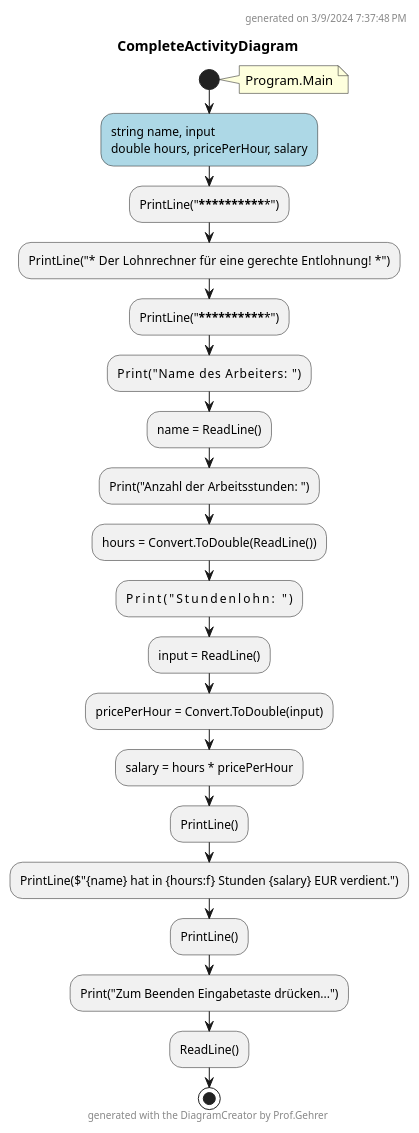
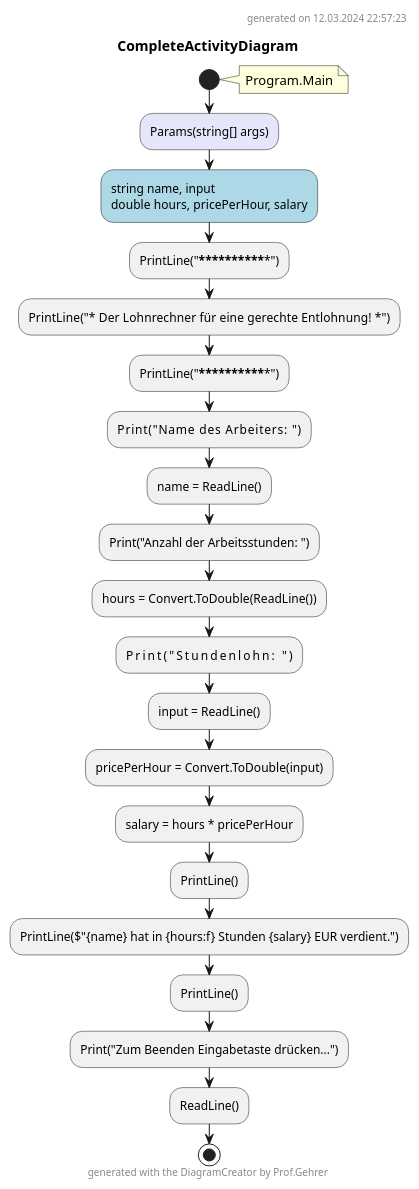
Before and after one commit to leoggehrer/2324-34_ABIF_ACIF_POSE: the diagram in WageCalculator.ConApp/Diagrams/CompleteActivityDiagram.puml, drawn with PlantUML. The commit also changed 227 other files, not shown here.

Commit message:
Changed folder name from Diagrams to diagrams.

```diff
--- a/WageCalculator.ConApp/Diagrams/CompleteActivityDiagram.puml
+++ b/WageCalculator.ConApp/Diagrams/CompleteActivityDiagram.puml
@@ -1,30 +1,31 @@
 @startuml CompleteActivityDiagram
 header
-generated on 3/9/2024 7:37:48 PM
+generated on 12.03.2024 22:57:23
 end header
 title CompleteActivityDiagram
 start
 note right:  Program.Main
+#Lavender:Params(string[] args);
 #LightBlue:string name, input
 double hours, pricePerHour, salary;
 :PrintLine("***************************************************");
 :PrintLine("* Der Lohnrechner für eine gerechte Entlohnung!   *");
 :PrintLine("***************************************************");
 :Print("Name des Arbeiters:        ");
 :name = ReadLine();
 :Print("Anzahl der Arbeitsstunden: ");
 :hours = Convert.ToDouble(ReadLine());
 :Print("Stundenlohn:               ");
 :input = ReadLine();
 :pricePerHour = Convert.ToDouble(input);
 :salary = hours * pricePerHour;
 :PrintLine();
 :PrintLine($"{name} hat in {hours:f} Stunden {salary} EUR verdient.");
 :PrintLine();
 :Print("Zum Beenden Eingabetaste drücken...");
 :ReadLine();
 stop
 footer
 generated with the DiagramCreator by Prof.Gehrer
 end footer
 @enduml
```
